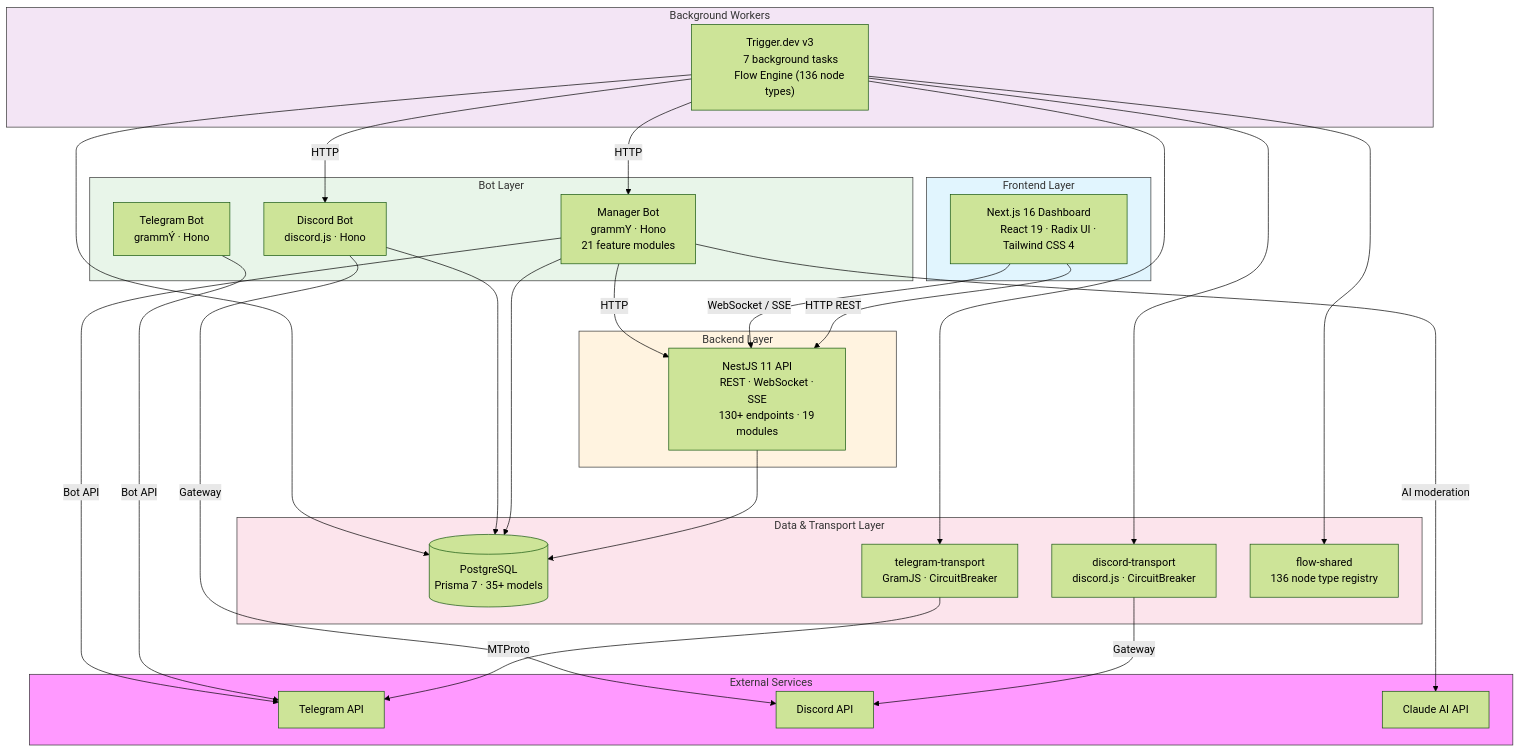
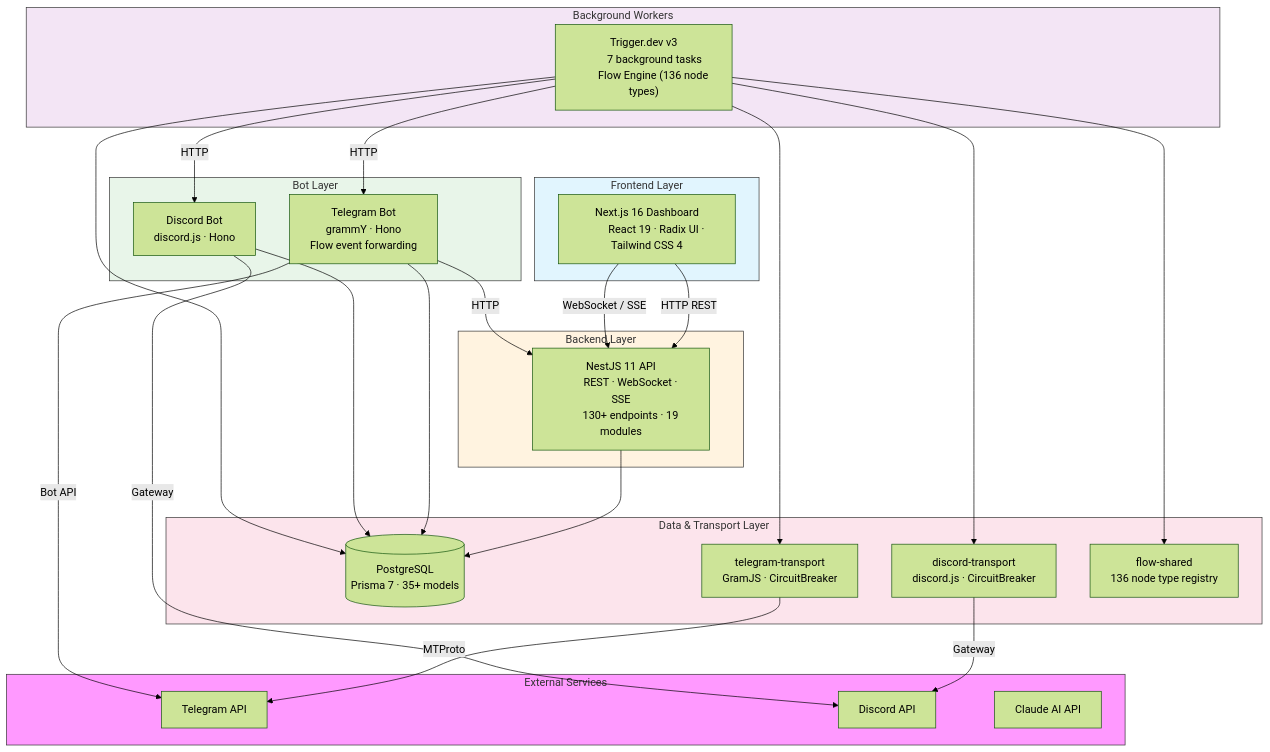
One commit to kolezka/flowbot changed the first of 7 diagrams in README.md. Above: the diagram before and after it, drawn with Mermaid (forest theme). The commit also changed other lines of this file and 2 other files, not shown here.

First line of the commit message:
docs: update CLAUDE.md and README.md — replace bot/manager-bot with telegram-bot, moderation is flow-driven

````diff
--- a/README.md
+++ b/README.md
@@ -36,75 +36,71 @@
 ```mermaid
 graph TB
     subgraph External["External Services"]
         TG["Telegram API"]
         DC["Discord API"]
         AI["Claude AI API"]
     end
 
     subgraph Frontend["Frontend Layer"]
         FE["Next.js 16 Dashboard
         React 19 &middot; Radix UI &middot; Tailwind CSS 4"]
     end
 
     subgraph Backend["Backend Layer"]
         API["NestJS 11 API
         REST &middot; WebSocket &middot; SSE
         130+ endpoints &middot; 19 modules"]
     end
 
     subgraph Bots["Bot Layer"]
-        BOT["Telegram Bot
-        gramm&Yacute; &middot; Hono"]
-        MB["Manager Bot
+        TG_BOT["Telegram Bot
         grammY &middot; Hono
-        21 feature modules"]
+        Flow event forwarding"]
         DB_BOT["Discord Bot
         discord.js &middot; Hono"]
     end
 
     subgraph Workers["Background Workers"]
         TRIGGER["Trigger.dev v3
         7 background tasks
         Flow Engine (136 node types)"]
     end
 
     subgraph Data["Data & Transport Layer"]
         DB[("PostgreSQL
         Prisma 7 &middot; 35+ models")]
         TG_TR["telegram-transport
         GramJS &middot; CircuitBreaker"]
         DC_TR["discord-transport
         discord.js &middot; CircuitBreaker"]
         FS["flow-shared
         136 node type registry"]
     end
 
     FE -->|"HTTP REST"| API
     FE -->|"WebSocket / SSE"| API
 
     API --> DB
-    MB --> DB
+    TG_BOT --> DB
     DB_BOT --> DB
     TRIGGER --> DB
 
-    MB -->|"HTTP"| API
-    TRIGGER -->|"HTTP"| MB
+    TG_BOT -->|"HTTP"| API
+    TRIGGER -->|"HTTP"| TG_BOT
     TRIGGER -->|"HTTP"| DB_BOT
     TRIGGER --> TG_TR
     TRIGGER --> DC_TR
     TRIGGER --> FS
 
     TG_TR -->|"MTProto"| TG
     DC_TR -->|"Gateway"| DC
-    BOT -->|"Bot API"| TG
-    MB -->|"Bot API"| TG
-    MB -->|"AI moderation"| AI
+    TG_BOT -->|"Bot API"| TG
     DB_BOT -->|"Gateway"| DC
 
     style External fill:#f9f,stroke:#333,stroke-width:1px
     style Frontend fill:#e1f5fe,stroke:#333,stroke-width:1px
     style Backend fill:#fff3e0,stroke:#333,stroke-width:1px
     style Bots fill:#e8f5e9,stroke:#333,stroke-width:1px
     style Workers fill:#f3e5f5,stroke:#333,stroke-width:1px
     style Data fill:#fce4ec,stroke:#333,stroke-width:1px
 ```
````
